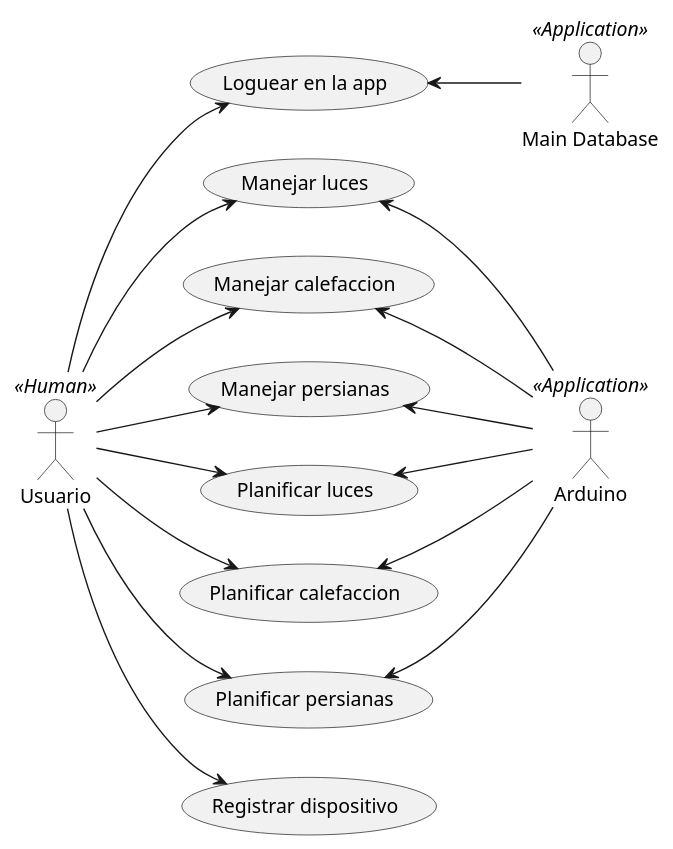
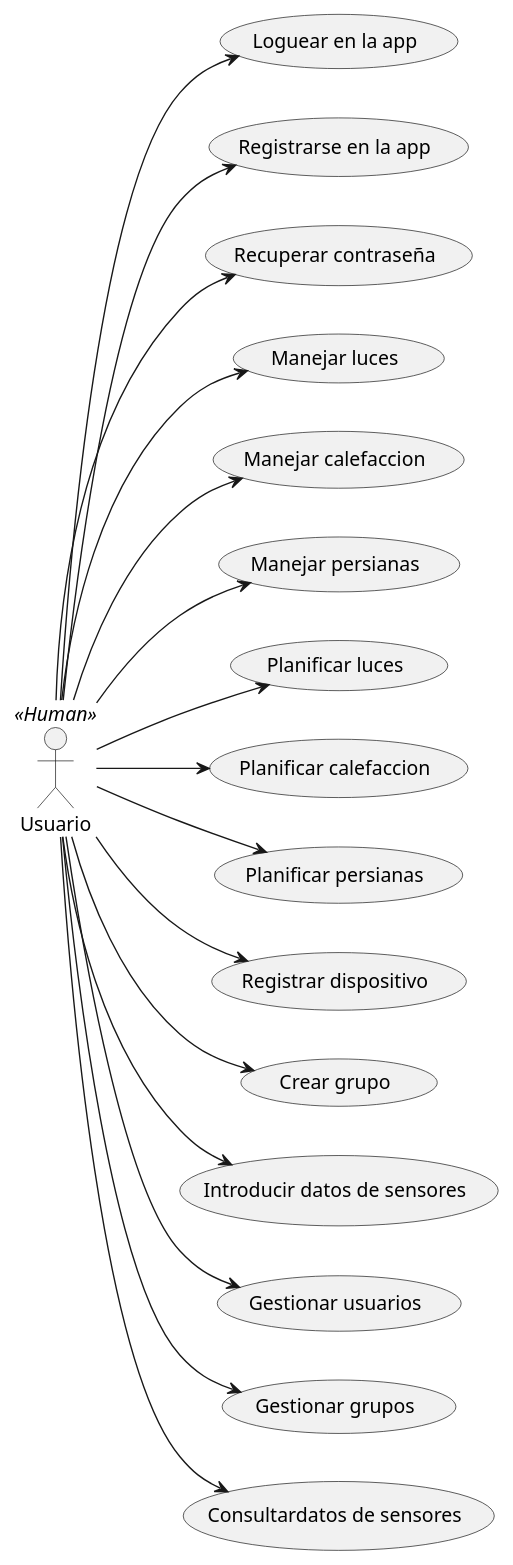
Before and after one commit to Rojo97/PracticaWeb: the diagram in Diagramas/DiagramaCasosUso.wsd, drawn with PlantUML.

Commit message:
Casos de uso

```diff
--- a/Diagramas/DiagramaCasosUso.wsd
+++ b/Diagramas/DiagramaCasosUso.wsd
@@ -1,31 +1,47 @@
 @startuml
 left to right direction
 :Usuario: as User << Human >>
-:Main Database: as MySql << Application >>
-:Arduino: as Arduino << Application >>
+':Main Database: as MySql << Application >>
+':Arduino: as Arduino << Application >>
 
 (Loguear en la app) as (Login)
+(Registrarse en la app) as (Registro)
+(Recuperar contraseña) as (Recup)
+
 (Manejar luces) as (Luces)
 (Manejar calefaccion) as (Calefaccion)
 (Manejar persianas) as (Persianas)
 (Planificar luces) as (PlanLuces)
 (Planificar calefaccion) as (PlanCalefaccion)
 (Planificar persianas) as (PlanPersianas)
 (Registrar dispositivo) as (Registrar)
+(Crear grupo) as (CGrupo)
+(Introducir datos de sensores) as (datos)
+(Gestionar usuarios) as (usuarios)
+(Gestionar grupos) as (grupos)
+(Consultardatos de sensores) as (ConsDatos)
+
 
 User --> (Login)
+User --> (Registro)
+User --> (Recup)
 User --> (Luces)
 User --> (PlanLuces)
 User --> (Calefaccion)
 User --> (PlanCalefaccion)
 User --> (Persianas)
 User --> (PlanPersianas)
 User --> (Registrar)
-(Login) <-- MySql
-(Luces) <-- Arduino
-(Calefaccion) <-- Arduino
-(PlanCalefaccion) <-- Arduino
-(PlanLuces) <-- Arduino
-(Persianas) <-- Arduino
-(PlanPersianas) <-- Arduino
+User --> (CGrupo)
+User --> (datos)
+User --> (usuarios)
+User --> (grupos)
+User --> (ConsDatos)
+'(Login) <-- MySql
+'(Luces) <-- Arduino
+'(Calefaccion) <-- Arduino
+'(PlanCalefaccion) <-- Arduino
+'(PlanLuces) <-- Arduino
+'(Persianas) <-- Arduino
+'(PlanPersianas) <-- Arduino
 @enduml
```
